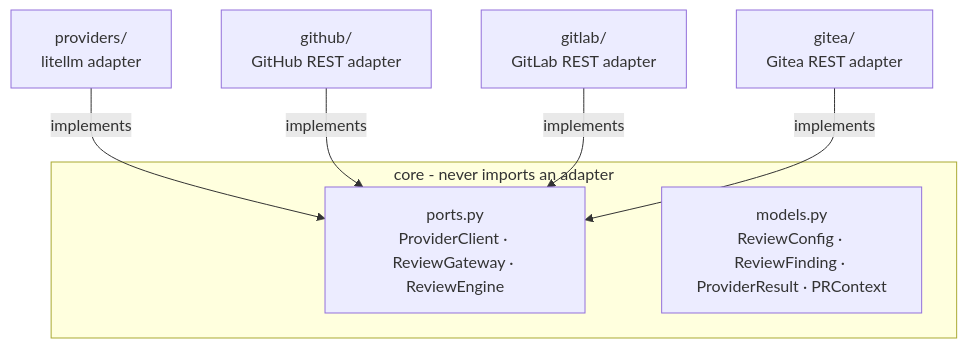
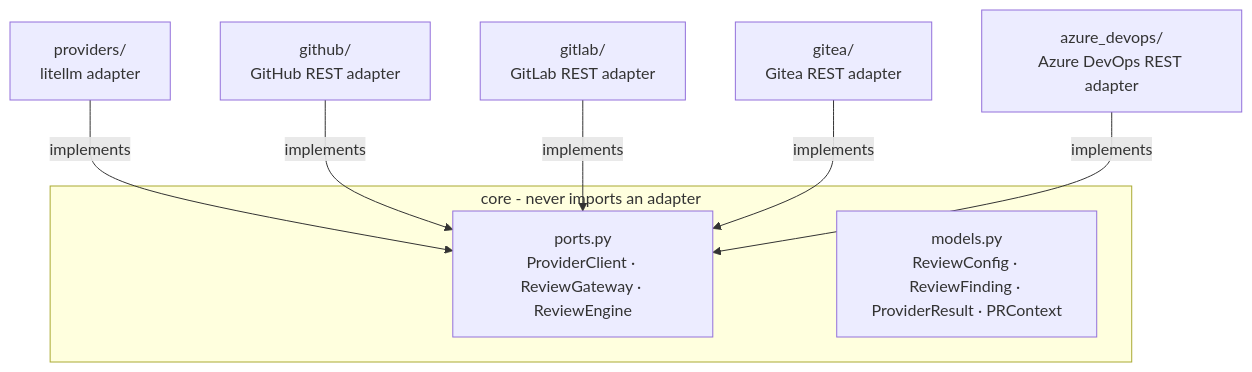
One commit to MattJColes/lgtmaybe changed the first of 2 diagrams in docs/explanation/architecture.md. Above: the diagram before and after it, drawn with Mermaid. The commit also changed other lines of this file and 34 other files, not shown here.

First line of the commit message:
feat(azure-devops): review Azure DevOps Repos pull requests (#698)

````diff
--- a/docs/explanation/architecture.md
+++ b/docs/explanation/architecture.md
@@ -14,11 +14,12 @@
 ```mermaid
 flowchart TB
     subgraph core["core - never imports an adapter"]
         ports["ports.py<br/>ProviderClient · ReviewGateway · ReviewEngine"]
         models["models.py<br/>ReviewConfig · ReviewFinding · ProviderResult · PRContext"]
     end
     providers["providers/<br/>litellm adapter"] -- implements --> ports
     github["github/<br/>GitHub REST adapter"] -- implements --> ports
     gitlab["gitlab/<br/>GitLab REST adapter"] -- implements --> ports
     gitea["gitea/<br/>Gitea REST adapter"] -- implements --> ports
+    azure["azure_devops/<br/>Azure DevOps REST adapter"] -- implements --> ports
 ```
````
